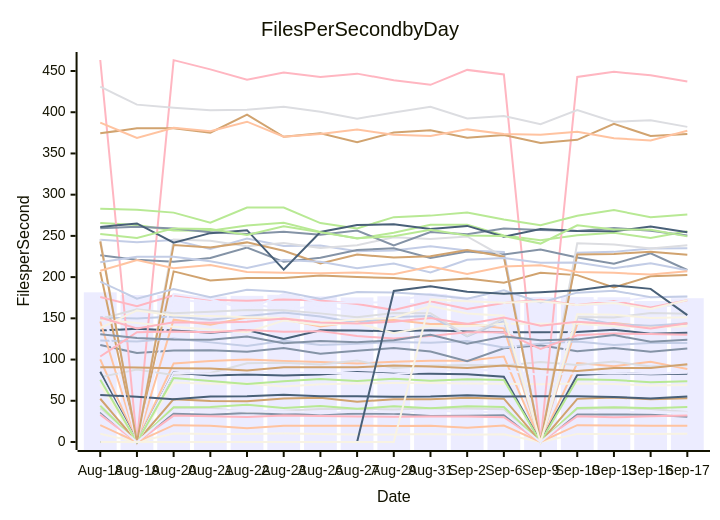
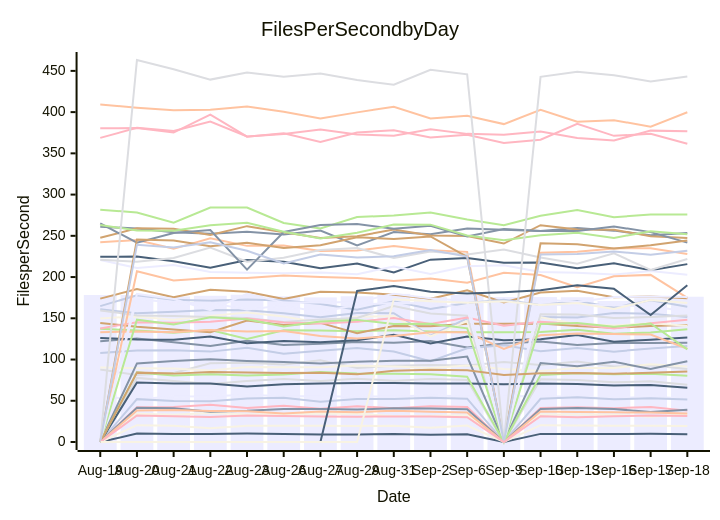
Before and after one commit to streetsidesoftware/cspell: the diagram in perf-report.md, drawn with Mermaid. The commit also changed other lines of this file and 1 other file, not shown here.

````diff
--- a/perf-report.md
+++ b/perf-report.md
@@ -10,56 +10,56 @@
 ```mermaid
 xychart-beta
     title Files Per Second by Day
     y-axis Files per Second
-    x-axis Date [Aug-18, Aug-19, Aug-20, Aug-21, Aug-22, Aug-23, Aug-26, Aug-27, Aug-29, Aug-31, Sep-2, Sep-6, Sep-9, Sep-10, Sep-13, Sep-16, Sep-17]
-    bar [181.58, 178.25, 178.21, 176.48, 177.31, 178.59, 176.65, 175.34, 176.71, 179.62, 175.68, 178.38, 175.73, 175.70, 175.56, 170.99, 174.42]
-    line [35.97, 0.00, 34.29, 33.06, 35.20, 33.44, 33.88, 34.28, 34.29, 31.46, 31.96, 32.39, 0.00, 33.27, 33.48, 33.18, 30.65]
-    line [100.11, 0.00, 95.31, 98.34, 100.20, 98.20, 97.14, 95.15, 97.31, 98.42, 98.44, 103.61, 0.00, 95.82, 91.96, 97.25, 88.47]
-    line [41.02, 0.00, 41.64, 40.90, 36.56, 37.81, 40.07, 40.16, 39.52, 40.88, 40.72, 39.85, 0.00, 39.94, 41.26, 40.08, 36.34]
-    line [43.94, 0.00, 42.21, 42.40, 45.26, 41.26, 43.81, 40.27, 43.32, 41.01, 43.29, 42.33, 0.00, 41.15, 42.24, 41.01, 42.53]
-    line [52.47, 0.00, 51.98, 49.75, 49.50, 52.81, 53.66, 48.74, 52.00, 52.00, 53.54, 52.52, 0.00, 52.32, 54.12, 51.77, 53.09]
-    line [245.41, 242.22, 244.96, 234.22, 246.89, 237.83, 238.28, 231.51, 232.29, 237.57, 232.38, 230.54, 0.00, 229.61, 230.62, 234.72, 234.92]
-    line [32.97, 0.00, 32.06, 31.30, 30.41, 32.21, 31.61, 31.00, 30.67, 31.04, 30.96, 30.04, 0.00, 31.22, 29.93, 31.17, 32.23]
-    line [135.27, 137.39, 135.24, 132.55, 135.80, 124.86, 135.53, 135.15, 134.28, 135.44, 134.10, 133.16, 133.12, 133.37, 136.08, 131.30, 132.64]
-    line [69.94, 0.00, 72.13, 70.80, 70.95, 67.44, 70.02, 70.97, 71.48, 71.44, 71.07, 70.80, 70.10, 70.83, 70.27, 68.51, 69.01]
-    line [175.25, 0.00, 174.12, 168.12, 168.81, 160.53, 165.45, 157.28, 166.29, 168.59, 168.11, 162.00, 0.00, 166.81, 166.56, 165.69, 164.68]
-    line [117.57, 108.01, 110.94, 111.36, 109.59, 114.15, 106.99, 110.60, 113.93, 109.73, 98.03, 113.59, 117.23, 110.00, 114.04, 109.51, 113.51]
-    line [146.24, 0.00, 148.33, 142.38, 151.12, 148.79, 140.03, 146.17, 148.08, 143.16, 143.31, 137.86, 0.00, 143.10, 144.41, 139.70, 143.74]
-    line [78.69, 87.97, 81.21, 83.61, 95.38, 96.21, 93.90, 98.97, 89.73, 92.49, 93.42, 92.85, 96.99, 93.46, 97.52, 91.70, 93.14]
-    line [265.67, 263.14, 256.57, 256.22, 262.68, 265.85, 254.87, 246.75, 253.70, 263.63, 263.57, 250.38, 244.75, 250.69, 253.77, 247.48, 255.65]
-    line [206.29, 0.00, 206.95, 195.89, 198.81, 198.92, 201.94, 200.15, 198.85, 195.27, 198.37, 193.18, 205.21, 202.42, 187.59, 200.94, 202.64]
-    line [151.19, 149.78, 152.30, 148.37, 152.77, 157.05, 152.12, 144.60, 151.74, 152.77, 128.16, 146.70, 0.00, 151.25, 142.95, 141.14, 143.95]
-    line [463.36, 0.00, 463.20, 452.00, 439.43, 448.11, 442.87, 446.82, 438.90, 433.22, 451.36, 445.82, 0.00, 442.79, 448.98, 444.77, 437.29]
-    line [85.14, 0.00, 84.39, 80.69, 82.01, 80.62, 81.99, 84.93, 82.93, 82.69, 82.19, 79.19, 0.00, 81.30, 83.34, 82.19, 82.78]
-    line [9.98, 0.00, 10.21, 9.57, 9.67, 10.21, 9.79, 8.96, 9.05, 9.81, 8.92, 9.30, 0.00, 9.85, 9.67, 9.68, 9.92]
-    line [80.18, 0.00, 84.11, 82.91, 84.94, 84.37, 83.76, 83.84, 82.02, 86.32, 87.46, 87.14, 81.35, 83.34, 83.78, 82.79, 83.96]
-    line [226.49, 220.96, 218.62, 223.21, 235.78, 218.52, 223.39, 232.83, 235.11, 223.20, 230.93, 227.50, 233.38, 223.69, 216.25, 228.77, 208.66]
-    line [20.41, 0.00, 20.37, 19.78, 16.65, 19.78, 19.77, 19.75, 19.38, 19.78, 17.23, 19.98, 0.00, 20.38, 20.10, 19.75, 19.58]
-    line [246.01, 0.00, 245.63, 244.19, 237.32, 241.48, 235.19, 238.66, 248.28, 246.15, 249.29, 224.39, 0.00, 241.04, 239.64, 234.60, 238.64]
-    line [75.62, 0.00, 77.72, 74.04, 70.35, 73.82, 76.46, 74.01, 76.69, 74.15, 76.26, 75.33, 0.00, 76.18, 75.30, 72.34, 73.59]
-    line [374.45, 380.47, 380.68, 375.26, 397.02, 370.26, 374.39, 363.66, 375.36, 378.12, 369.19, 372.46, 362.58, 366.57, 385.92, 371.23, 373.66]
-    line [123.21, 122.05, 125.45, 120.85, 116.37, 122.78, 117.70, 119.12, 121.35, 120.42, 122.42, 114.54, 119.33, 121.78, 117.69, 120.09, 120.05]
-    line [175.87, 164.73, 177.91, 172.41, 171.41, 172.78, 171.71, 167.41, 160.25, 170.61, 161.33, 168.54, 172.61, 166.17, 170.88, 163.08, 171.82]
-    line [56.95, 55.01, 51.81, 55.08, 55.43, 57.37, 55.42, 55.44, 54.92, 55.19, 56.79, 55.22, 55.40, 55.63, 54.54, 52.86, 55.21]
-    line [148.37, 144.42, 139.84, 136.44, 133.06, 147.23, 141.82, 144.43, 131.99, 140.70, 140.40, 143.33, 143.38, 143.55, 140.59, 138.57, 140.62]
-    line [170.32, 0.00, 179.55, 173.37, 159.94, 179.71, 169.02, 169.12, 169.70, 179.72, 174.42, 171.06, 0.00, 173.10, 169.76, 175.73, 176.36]
-    line [259.27, 261.07, 258.95, 254.28, 252.45, 254.96, 251.52, 256.47, 238.41, 254.64, 251.96, 258.89, 257.30, 255.86, 259.52, 256.30, 250.62]
-    line [387.36, 368.74, 381.05, 377.05, 388.53, 370.41, 373.49, 378.95, 372.79, 371.32, 379.20, 373.63, 372.65, 376.36, 368.52, 365.71, 377.56]
-    line [149.26, 160.96, 156.07, 157.97, 160.09, 159.80, 156.02, 151.31, 156.46, 156.20, 128.81, 149.88, 0.00, 151.49, 151.06, 156.36, 155.63]
-    line [282.85, 281.73, 278.23, 265.94, 284.38, 284.39, 265.58, 259.03, 272.73, 274.59, 278.30, 269.85, 262.88, 274.40, 281.31, 272.54, 275.91]
-    line [243.19, 0.00, 239.03, 235.84, 242.13, 231.92, 216.52, 227.39, 223.72, 225.22, 232.84, 224.81, 0.00, 227.34, 228.09, 230.87, 227.16]
-    line [218.06, 224.66, 224.81, 219.16, 211.20, 220.63, 218.66, 210.78, 216.53, 205.56, 221.13, 223.08, 217.30, 217.60, 210.80, 216.66, 208.33]
-    line [103.66, 133.22, 133.90, 133.21, 135.84, 133.85, 134.48, 128.45, 125.51, 128.57, 133.06, 133.03, 112.77, 129.44, 131.63, 130.97, 130.22]
-    line [260.83, 265.11, 241.69, 253.34, 256.92, 209.05, 254.71, 263.18, 264.22, 258.50, 262.12, 249.11, 258.37, 255.88, 255.75, 261.30, 254.48]
-    line [138.29, 159.59, 153.49, 152.84, 151.42, 150.33, 145.56, 148.61, 150.44, 164.92, 155.92, 153.19, 0.00, 155.03, 154.46, 150.27, 151.44]
-    line [38.08, 0.00, 38.14, 38.85, 37.70, 37.19, 34.46, 37.13, 36.19, 37.79, 36.83, 35.85, 0.00, 37.06, 36.42, 35.98, 35.70]
-    line [130.73, 126.16, 124.30, 123.93, 127.92, 119.73, 122.40, 121.04, 123.38, 130.04, 119.32, 127.89, 123.29, 124.49, 129.64, 121.66, 124.08]
-    line [207.70, 220.70, 210.90, 214.69, 206.22, 205.16, 204.73, 205.50, 203.46, 212.85, 203.78, 213.00, 214.26, 206.28, 205.22, 203.09, 207.23]
-    line [431.05, 409.21, 405.37, 402.28, 402.99, 406.75, 400.52, 392.20, 399.70, 406.57, 392.41, 395.48, 385.49, 402.68, 388.38, 390.24, 382.26]
-    line [252.27, 247.59, 259.11, 258.43, 251.09, 261.73, 254.45, 247.25, 249.51, 257.53, 250.46, 249.77, 240.66, 262.89, 257.78, 257.49, 249.43]
-    line [90.78, 90.42, 89.47, 89.22, 86.73, 90.81, 90.69, 90.61, 92.79, 91.57, 89.68, 92.88, 88.59, 86.05, 89.85, 89.86, 94.27]
-    line [194.62, 173.87, 185.52, 175.53, 184.67, 182.24, 173.51, 182.05, 181.30, 178.67, 173.82, 183.91, 169.15, 181.18, 183.51, 175.60, 176.44]
-    line [150.98, 137.75, 145.27, 144.73, 145.80, 149.65, 145.04, 143.72, 145.86, 150.29, 143.06, 151.08, 140.90, 145.94, 143.19, 137.67, 143.95]
-    line [0.00, 0.00, 0.00, 0.00, 0.00, 0.00, 0.00, 0.00, 183.14, 189.02, 182.17, 179.93, 181.55, 184.12, 189.95, 185.74, 153.97]
-    line [0.00, 0.00, 0.00, 0.00, 0.00, 0.00, 0.00, 0.00, 0.00, 172.99, 170.71, 168.98, 170.63, 166.15, 168.68, 161.23, 172.09]
+    x-axis Date [Aug-19, Aug-20, Aug-21, Aug-22, Aug-23, Aug-26, Aug-27, Aug-29, Aug-31, Sep-2, Sep-6, Sep-9, Sep-10, Sep-13, Sep-16, Sep-17, Sep-18]
+    bar [178.25, 178.21, 176.48, 177.31, 178.59, 176.65, 175.34, 176.71, 179.62, 175.68, 178.38, 175.73, 175.70, 175.56, 170.99, 174.42, 176.15]
+    line [122.05, 125.45, 120.85, 116.37, 122.78, 117.70, 119.12, 121.35, 120.42, 122.42, 114.54, 119.33, 121.78, 117.69, 120.09, 120.05, 120.31]
+    line [242.22, 244.96, 234.22, 246.89, 237.83, 238.28, 231.51, 232.29, 237.57, 232.38, 230.54, 0.00, 229.61, 230.62, 234.72, 234.92, 228.04]
+    line [87.97, 81.21, 83.61, 95.38, 96.21, 93.90, 98.97, 89.73, 92.49, 93.42, 92.85, 96.99, 93.46, 97.52, 91.70, 93.14, 88.50]
+    line [137.39, 135.24, 132.55, 135.80, 124.86, 135.53, 135.15, 134.28, 135.44, 134.10, 133.16, 133.12, 133.37, 136.08, 131.30, 132.64, 136.81]
+    line [144.42, 139.84, 136.44, 133.06, 147.23, 141.82, 144.43, 131.99, 140.70, 140.40, 143.33, 143.38, 143.55, 140.59, 138.57, 140.62, 141.72]
+    line [160.96, 156.07, 157.97, 160.09, 159.80, 156.02, 151.31, 156.46, 156.20, 128.81, 149.88, 0.00, 151.49, 151.06, 156.36, 155.63, 151.63]
+    line [368.74, 381.05, 377.05, 388.53, 370.41, 373.49, 378.95, 372.79, 371.32, 379.20, 373.63, 372.65, 376.36, 368.52, 365.71, 377.56, 376.77]
+    line [224.66, 224.81, 219.16, 211.20, 220.63, 218.66, 210.78, 216.53, 205.56, 221.13, 223.08, 217.30, 217.60, 210.80, 216.66, 208.33, 215.69]
+    line [149.78, 152.30, 148.37, 152.77, 157.05, 152.12, 144.60, 151.74, 152.77, 128.16, 146.70, 0.00, 151.25, 142.95, 141.14, 143.95, 140.92]
+    line [220.70, 210.90, 214.69, 206.22, 205.16, 204.73, 205.50, 203.46, 212.85, 203.78, 213.00, 214.26, 206.28, 205.22, 203.09, 207.23, 202.88]
+    line [261.07, 258.95, 254.28, 252.45, 254.96, 251.52, 256.47, 238.41, 254.64, 251.96, 258.89, 257.30, 255.86, 259.52, 256.30, 250.62, 253.31]
+    line [409.21, 405.37, 402.28, 402.99, 406.75, 400.52, 392.20, 399.70, 406.57, 392.41, 395.48, 385.49, 402.68, 388.38, 390.24, 382.26, 399.81]
+    line [220.96, 218.62, 223.21, 235.78, 218.52, 223.39, 232.83, 235.11, 223.20, 230.93, 227.50, 233.38, 223.69, 216.25, 228.77, 208.66, 221.89]
+    line [281.73, 278.23, 265.94, 284.38, 284.39, 265.58, 259.03, 272.73, 274.59, 278.30, 269.85, 262.88, 274.40, 281.31, 272.54, 275.91, 275.97]
+    line [247.59, 259.11, 258.43, 251.09, 261.73, 254.45, 247.25, 249.51, 257.53, 250.46, 249.77, 240.66, 262.89, 257.78, 257.49, 249.43, 247.25]
+    line [108.01, 110.94, 111.36, 109.59, 114.15, 106.99, 110.60, 113.93, 109.73, 98.03, 113.59, 117.23, 110.00, 114.04, 109.51, 113.51, 116.46]
+    line [380.47, 380.68, 375.26, 397.02, 370.26, 374.39, 363.66, 375.36, 378.12, 369.19, 372.46, 362.58, 366.57, 385.92, 371.23, 373.66, 361.57]
+    line [126.16, 124.30, 123.93, 127.92, 119.73, 122.40, 121.04, 123.38, 130.04, 119.32, 127.89, 123.29, 124.49, 129.64, 121.66, 124.08, 126.72]
+    line [90.42, 89.47, 89.22, 86.73, 90.81, 90.69, 90.61, 92.79, 91.57, 89.68, 92.88, 88.59, 86.05, 89.85, 89.86, 94.27, 91.54]
+    line [55.01, 51.81, 55.08, 55.43, 57.37, 55.42, 55.44, 54.92, 55.19, 56.79, 55.22, 55.40, 55.63, 54.54, 52.86, 55.21, 52.35]
+    line [265.11, 241.69, 253.34, 256.92, 209.05, 254.71, 263.18, 264.22, 258.50, 262.12, 249.11, 258.37, 255.88, 255.75, 261.30, 254.48, 241.79]
+    line [133.22, 133.90, 133.21, 135.84, 133.85, 134.48, 128.45, 125.51, 128.57, 133.06, 133.03, 112.77, 129.44, 131.63, 130.97, 130.22, 113.06]
+    line [159.59, 153.49, 152.84, 151.42, 150.33, 145.56, 148.61, 150.44, 164.92, 155.92, 153.19, 0.00, 155.03, 154.46, 150.27, 151.44, 153.53]
+    line [263.14, 256.57, 256.22, 262.68, 265.85, 254.87, 246.75, 253.70, 263.63, 263.57, 250.38, 244.75, 250.69, 253.77, 247.48, 255.65, 251.83]
+    line [173.87, 185.52, 175.53, 184.67, 182.24, 173.51, 182.05, 181.30, 178.67, 173.82, 183.91, 169.15, 181.18, 183.51, 175.60, 176.44, 174.39]
+    line [164.73, 177.91, 172.41, 171.41, 172.78, 171.71, 167.41, 160.25, 170.61, 161.33, 168.54, 172.61, 166.17, 170.88, 163.08, 171.82, 163.97]
+    line [137.75, 145.27, 144.73, 145.80, 149.65, 145.04, 143.72, 145.86, 150.29, 143.06, 151.08, 140.90, 145.94, 143.19, 137.67, 143.95, 148.30]
+    line [0.00, 10.21, 9.57, 9.67, 10.21, 9.79, 8.96, 9.05, 9.81, 8.92, 9.30, 0.00, 9.85, 9.67, 9.68, 9.92, 9.37]
+    line [0.00, 34.29, 33.06, 35.20, 33.44, 33.88, 34.28, 34.29, 31.46, 31.96, 32.39, 0.00, 33.27, 33.48, 33.18, 30.65, 34.02]
+    line [0.00, 174.12, 168.12, 168.81, 160.53, 165.45, 157.28, 166.29, 168.59, 168.11, 162.00, 0.00, 166.81, 166.56, 165.69, 164.68, 158.25]
+    line [0.00, 95.31, 98.34, 100.20, 98.20, 97.14, 95.15, 97.31, 98.42, 98.44, 103.61, 0.00, 95.82, 91.96, 97.25, 88.47, 97.89]
+    line [0.00, 206.95, 195.89, 198.81, 198.92, 201.94, 200.15, 198.85, 195.27, 198.37, 193.18, 205.21, 202.42, 187.59, 200.94, 202.64, 174.86]
+    line [0.00, 77.72, 74.04, 70.35, 73.82, 76.46, 74.01, 76.69, 74.15, 76.26, 75.33, 0.00, 76.18, 75.30, 72.34, 73.59, 69.54]
+    line [0.00, 148.33, 142.38, 151.12, 148.79, 140.03, 146.17, 148.08, 143.16, 143.31, 137.86, 0.00, 143.10, 144.41, 139.70, 143.74, 112.39]
+    line [0.00, 245.63, 244.19, 237.32, 241.48, 235.19, 238.66, 248.28, 246.15, 249.29, 224.39, 0.00, 241.04, 239.64, 234.60, 238.64, 244.36]
+    line [0.00, 51.98, 49.75, 49.50, 52.81, 53.66, 48.74, 52.00, 52.00, 53.54, 52.52, 0.00, 52.32, 54.12, 51.77, 53.09, 51.40]
+    line [0.00, 42.21, 42.40, 45.26, 41.26, 43.81, 40.27, 43.32, 41.01, 43.29, 42.33, 0.00, 41.15, 42.24, 41.01, 42.53, 38.05]
+    line [0.00, 72.13, 70.80, 70.95, 67.44, 70.02, 70.97, 71.48, 71.44, 71.07, 70.80, 70.10, 70.83, 70.27, 68.51, 69.01, 65.91]
+    line [0.00, 20.37, 19.78, 16.65, 19.78, 19.77, 19.75, 19.38, 19.78, 17.23, 19.98, 0.00, 20.38, 20.10, 19.75, 19.58, 19.44]
+    line [0.00, 179.55, 173.37, 159.94, 179.71, 169.02, 169.12, 169.70, 179.72, 174.42, 171.06, 0.00, 173.10, 169.76, 175.73, 176.36, 175.75]
+    line [0.00, 41.64, 40.90, 36.56, 37.81, 40.07, 40.16, 39.52, 40.88, 40.72, 39.85, 0.00, 39.94, 41.26, 40.08, 36.34, 39.18]
+    line [0.00, 38.14, 38.85, 37.70, 37.19, 34.46, 37.13, 36.19, 37.79, 36.83, 35.85, 0.00, 37.06, 36.42, 35.98, 35.70, 34.54]
+    line [0.00, 463.20, 452.00, 439.43, 448.11, 442.87, 446.82, 438.90, 433.22, 451.36, 445.82, 0.00, 442.79, 448.98, 444.77, 437.29, 443.15]
+    line [0.00, 84.39, 80.69, 82.01, 80.62, 81.99, 84.93, 82.93, 82.69, 82.19, 79.19, 0.00, 81.30, 83.34, 82.19, 82.78, 80.29]
+    line [0.00, 84.11, 82.91, 84.94, 84.37, 83.76, 83.84, 82.02, 86.32, 87.46, 87.14, 81.35, 83.34, 83.78, 82.79, 83.96, 85.57]
+    line [0.00, 239.03, 235.84, 242.13, 231.92, 216.52, 227.39, 223.72, 225.22, 232.84, 224.81, 0.00, 227.34, 228.09, 230.87, 227.16, 231.88]
+    line [0.00, 32.06, 31.30, 30.41, 32.21, 31.61, 31.00, 30.67, 31.04, 30.96, 30.04, 0.00, 31.22, 29.93, 31.17, 32.23, 31.60]
+    line [0.00, 0.00, 0.00, 0.00, 0.00, 0.00, 0.00, 183.14, 189.02, 182.17, 179.93, 181.55, 184.12, 189.95, 185.74, 153.97, 189.99]
+    line [0.00, 0.00, 0.00, 0.00, 0.00, 0.00, 0.00, 0.00, 172.99, 170.71, 168.98, 170.63, 166.15, 168.68, 161.23, 172.09, 168.48]
 ```
````
